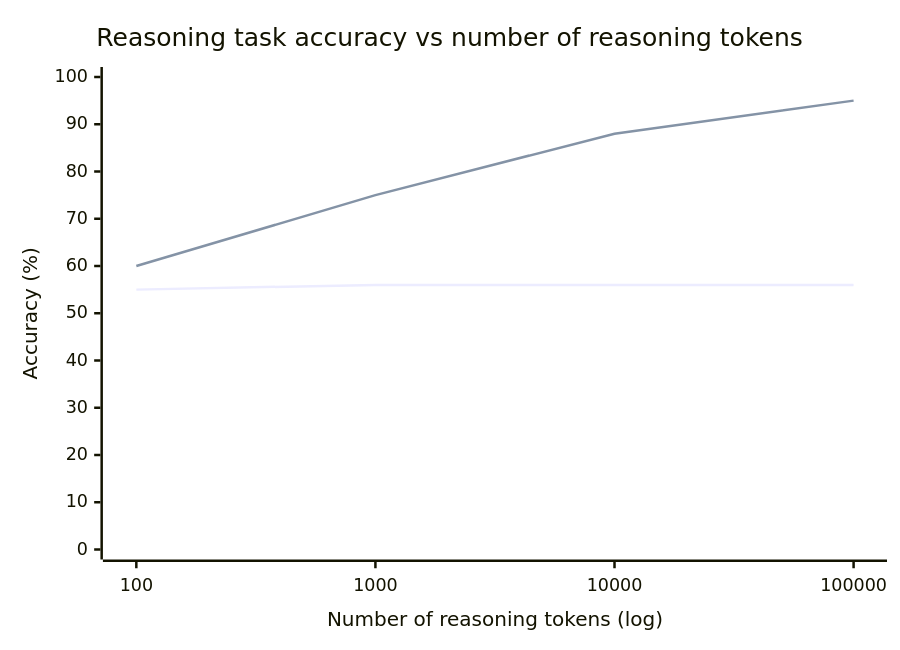
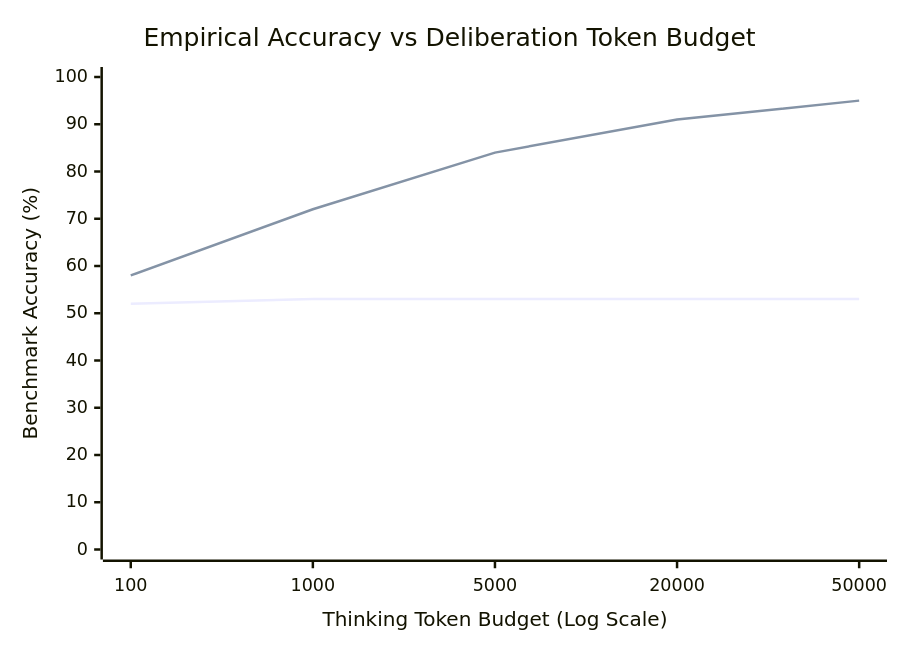
One commit to yingwang/thinking-in-llm changed the fourth of 7 diagrams in en/chapters/08-reasoning.md. Above: the diagram before and after it, drawn with Mermaid. The commit also changed other lines of this file and 31 other files, not shown here.

````diff
--- a/en/chapters/08-reasoning.md
+++ b/en/chapters/08-reasoning.md
@@ -267,8 +175,8 @@
 ```mermaid
 xychart-beta
-    title "Reasoning task accuracy vs number of reasoning tokens"
-    x-axis "Number of reasoning tokens (log)" [100, 1000, 10000, 100000]
-    y-axis "Accuracy (%)" 0 --> 100
-    line "Traditional model" [55, 56, 56, 56]
-    line "Reasoning model" [60, 75, 88, 95]
+    title "Empirical Accuracy vs Deliberation Token Budget"
+    x-axis "Thinking Token Budget (Log Scale)" [100, 1000, 5000, 20000, 50000]
+    y-axis "Benchmark Accuracy (%)" 0 --> 100
+    line "Classical LLM (No scaling with length)" [52, 53, 53, 53, 53]
+    line "Native Reasoning Model (o1 / DeepSeek-R1)" [58, 72, 84, 91, 95]
 ```
````
